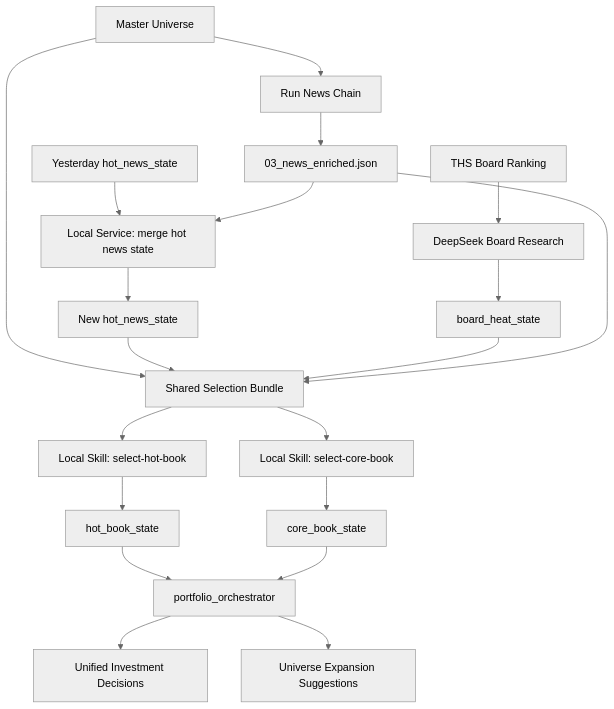
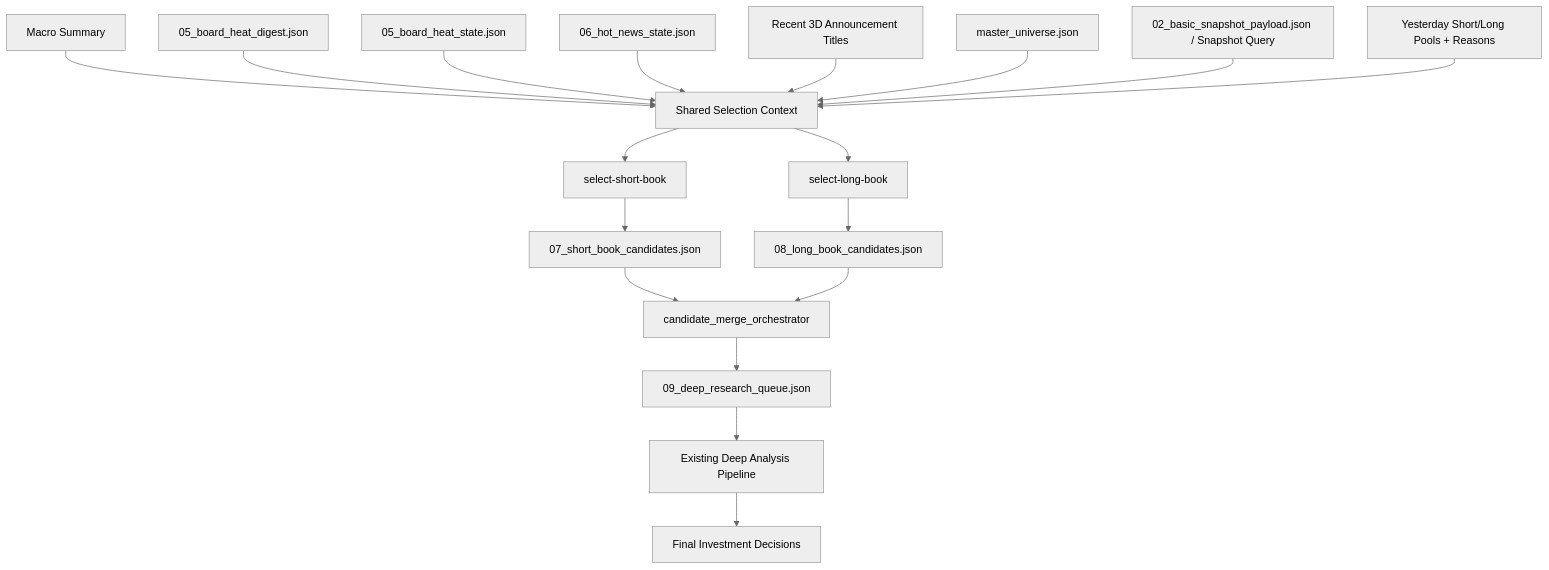
The diagram in docs/selection_system/AI选股系统一期落地设计.md (ZhangBeiQing/AI-Value-Investing-Agent), drawn with Mermaid (neutral theme) before and after one commit. The commit also changed other lines of this file and 1 other file, not shown here.

First line of the commit message:
docs(selection): 更新一期选股设计与技能流阈值

````diff
--- a/docs/selection_system/AI选股系统一期落地设计.md
+++ b/docs/selection_system/AI选股系统一期落地设计.md
@@ -58,22 +82,24 @@
 ```mermaid
 graph TD
-    A[Master Universe] --> B[Run News Chain]
-    B --> C[03_news_enriched.json]
-    D[Yesterday hot_news_state] --> E[Local Service: merge hot news state]
-    C --> E
-    E --> F[New hot_news_state]
-    G[THS Board Ranking] --> H[DeepSeek Board Research]
-    H --> I[board_heat_state]
-    A --> J[Shared Selection Bundle]
-    F --> J
-    I --> J
-    C --> J
-    J --> K[Local Skill: select-hot-book]
-    J --> L[Local Skill: select-core-book]
-    K --> M[hot_book_state]
-    L --> N[core_book_state]
-    M --> O[portfolio_orchestrator]
-    N --> O
-    O --> P[Unified Investment Decisions]
-    O --> Q[Universe Expansion Suggestions]
+    A[Macro Summary] --> F[Shared Selection Context]
+    B[05_board_heat_digest.json] --> F
+    C[05_board_heat_state.json] --> F
+    D[06_hot_news_state.json] --> F
+    E[Recent 3D Announcement Titles] --> F
+    G[master_universe.json] --> F
+    H[02_basic_snapshot_payload.json / Snapshot Query] --> F
+    I[Yesterday Short/Long Pools + Reasons] --> F
+
+    F --> J[select-short-book]
+    F --> K[select-long-book]
+
+    J --> L[07_short_book_candidates.json]
+    K --> M[08_long_book_candidates.json]
+
+    L --> N[candidate_merge_orchestrator]
+    M --> N
+
+    N --> O[09_deep_research_queue.json]
+    O --> P[Existing Deep Analysis Pipeline]
+    P --> Q[Final Investment Decisions]
 ```
````
